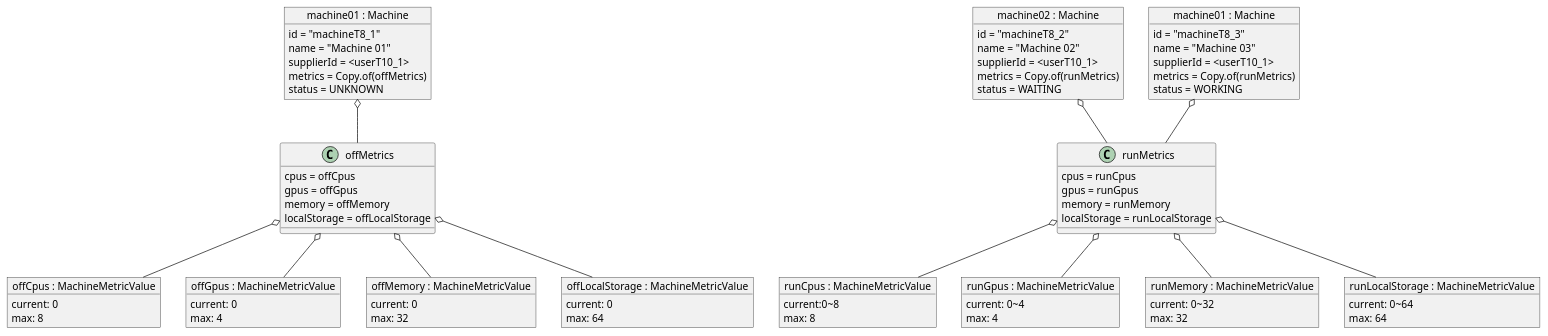
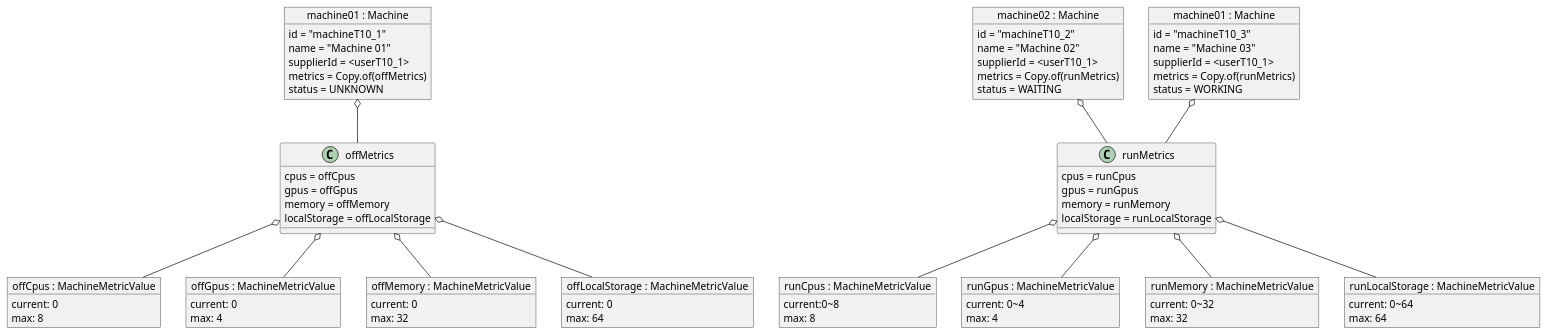
The diagram in test_scenarios/data/T10_in.puml (Plan-B-PO/docs), drawn with PlantUML before and after one commit. The commit also changed 1 other file, not shown here.

```diff
--- a/test_scenarios/data/T10_in.puml
+++ b/test_scenarios/data/T10_in.puml
@@ -1,94 +1,94 @@
 @startuml
 
 object "machine01 : Machine" as machine01 {
-    id = "machineT8_1"
+    id = "machineT10_1"
     name = "Machine 01"
     supplierId = <userT10_1>
     metrics = Copy.of(offMetrics)
     status = UNKNOWN
 }
 
 object "machine02 : Machine" as machine02 {
-    id = "machineT8_2"
+    id = "machineT10_2"
     name = "Machine 02"
     supplierId = <userT10_1>
     metrics = Copy.of(runMetrics)
     status = WAITING
 }
 
 object "machine01 : Machine" as machine03 {
-    id = "machineT8_3"
+    id = "machineT10_3"
     name = "Machine 03"
     supplierId = <userT10_1>
     metrics = Copy.of(runMetrics)
     status = WORKING
 }
 
 machine01 o-- offMetrics
 machine02 o-- runMetrics
 machine03 o-- runMetrics
 
 object "offMetrics : Metrics" as offMetrics {
     cpus = offCpus
     gpus = offGpus
     memory = offMemory
     localStorage = offLocalStorage
 }
 
 object "offCpus : MachineMetricValue" as offCpus {
     current: 0
     max: 8
 }
 object "offGpus : MachineMetricValue" as offGpus {
     current: 0
     max: 4
 }
 
 object "offMemory : MachineMetricValue" as offMemory {
     current: 0
     max: 32
 }
 
 object "offLocalStorage : MachineMetricValue" as offLocalStorage {
     current: 0
     max: 64
 }
 
 offMetrics o-- offCpus
 offMetrics o-- offGpus
 offMetrics o-- offMemory
 offMetrics o-- offLocalStorage
 
 object "runMetrics : Metrics" as runMetrics {
     cpus = runCpus
     gpus = runGpus
     memory = runMemory
     localStorage = runLocalStorage
 }
 
 object "runCpus : MachineMetricValue" as runCpus {
     current:0~8
     max: 8
 }
 object "runGpus : MachineMetricValue" as runGpus {
     current: 0~4
     max: 4
 }
 
 object "runMemory : MachineMetricValue" as runMemory {
     current: 0~32
     max: 32
 }
 
 object "runLocalStorage : MachineMetricValue" as runLocalStorage {
     current: 0~64
     max: 64
 }
 
 
 runMetrics o-- runCpus
 runMetrics o-- runGpus
 runMetrics o-- runMemory
 runMetrics o-- runLocalStorage
 
 @enduml
```
